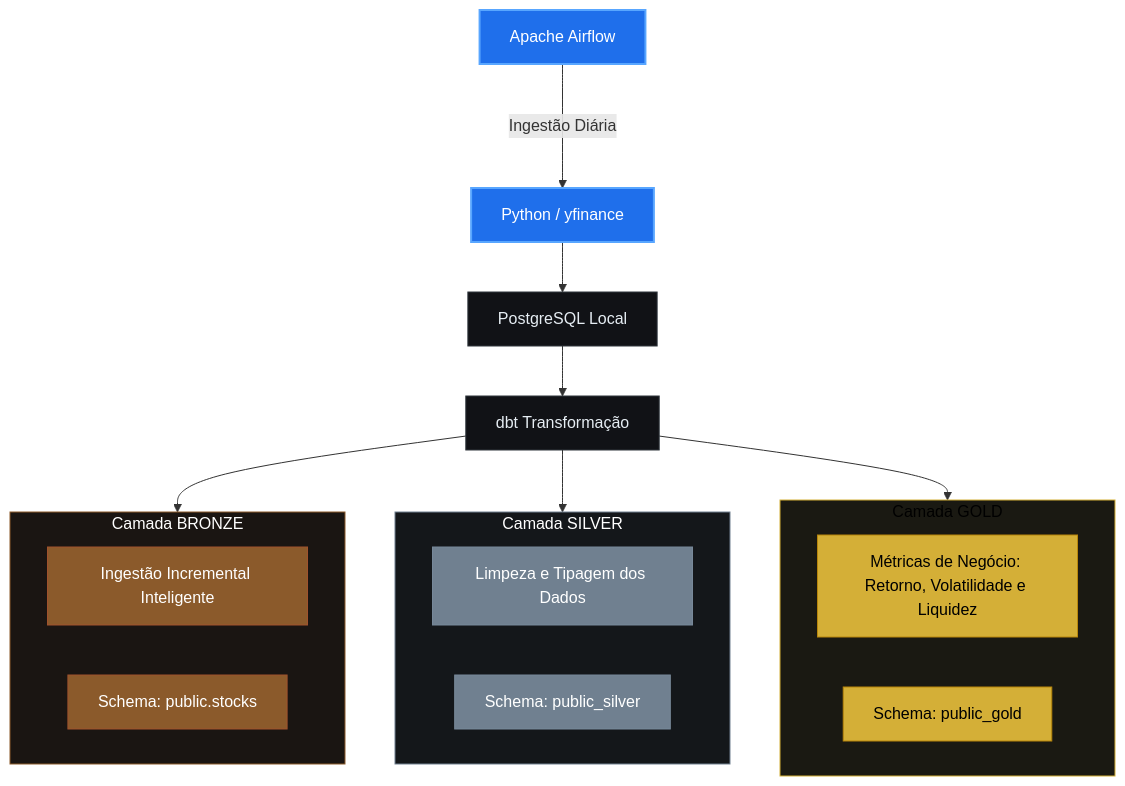
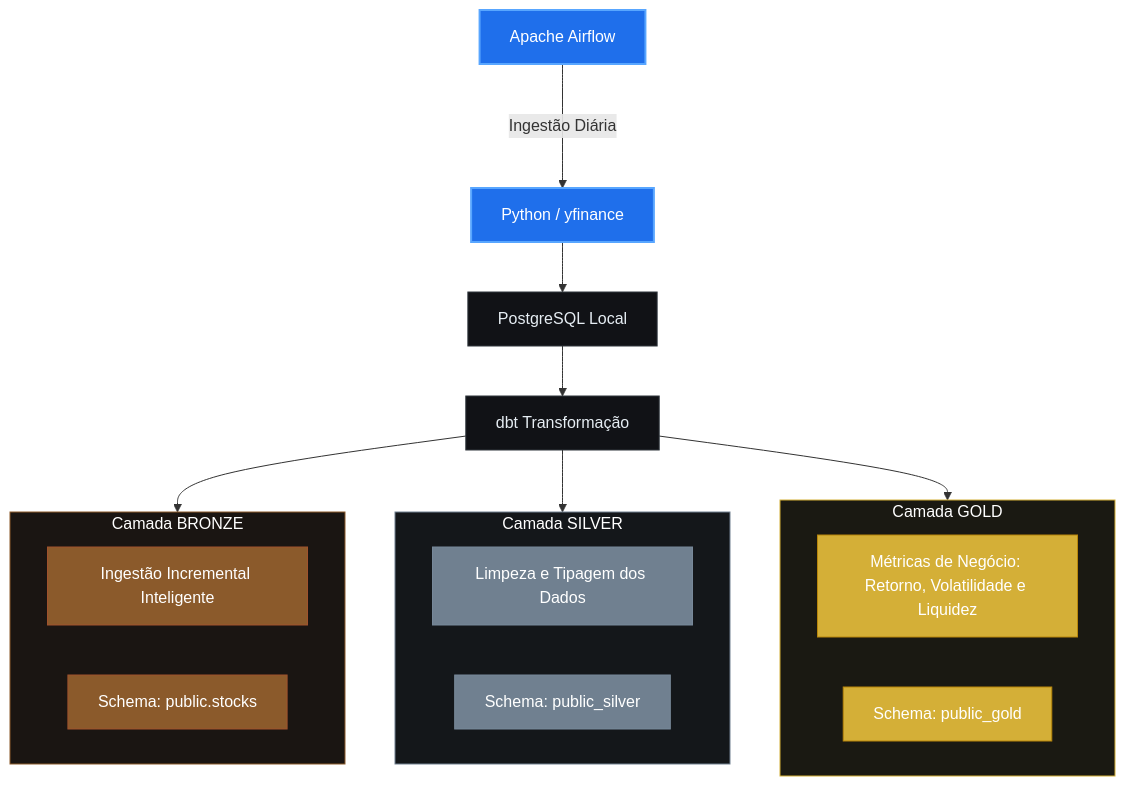
The diagram in README.md (Almeida-Adriel/yfinance-analytics-stack), drawn with Mermaid before and after one commit.

Commit message:
fix: atualizando cor da camada gold para melhor visualização

````diff
--- a/README.md
+++ b/README.md
@@ -11,47 +11,47 @@
 ```mermaid
     graph TD
     %% Definição de Estilos Gerais
     classDef default fill:#111216,stroke:#30363d,stroke-width:1px,color:#e6edf3;
     classDef highlight fill:#1f6feb,stroke:#58a6ff,stroke-width:2px,color:#ffffff;
     classDef bronze fill:#8b5a2b,stroke:#a0522d,stroke-width:1px,color:#ffffff;
     classDef silver fill:#708090,stroke:#778899,stroke-width:1px,color:#ffffff;
-    classDef gold fill:#d4af37,stroke:#b8860b,stroke-width:1px,color:#000000;
+    classDef gold fill:#d4af37,stroke:#b8860b,stroke-width:1px,color:#ffffff;
 
     %% Nós Principais do Pipeline
     Airflow[Apache Airflow] --->|Ingestão Diária| Python[Python / yfinance]
     Python --> Postgres[PostgreSQL Local]
     Postgres --> DBT[dbt Transformação]
 
     %% Divisão da Arquitetura Medallion
     DBT --> Bronze
     DBT --> Silver
     DBT --> Gold
 
     %% Sub-estruturas de detalhes de cada Camada
     subgraph Bronze [Camada BRONZE]
         B_Desc[Ingestão Incremental Inteligente]
         B_Schema[Schema: public.stocks]
     end
 
     subgraph Silver [Camada SILVER]
         S_Desc[Limpeza e Tipagem dos Dados]
         S_Schema[Schema: public_silver]
     end
 
     subgraph Gold [Camada GOLD]
         G_Desc[Métricas de Negócio: Retorno, Volatilidade e Liquidez]
         G_Schema[Schema: public_gold]
     end
 
     %% Aplicação dos Estilos nos Componentes
     class Airflow,Python highlight;
     class Postgres,DBT default;
     class Bronze,B_Desc,B_Schema bronze;
     class Silver,S_Desc,S_Schema silver;
     class Gold,G_Desc,G_Schema gold;
 
     %% Ajustes visuais do Subgraph
     style Bronze fill:#1a1512,stroke:#8b5a2b;
     style Silver fill:#14171a,stroke:#708090;
     style Gold fill:#1a1912,stroke:#d4af37;
 ```
````
